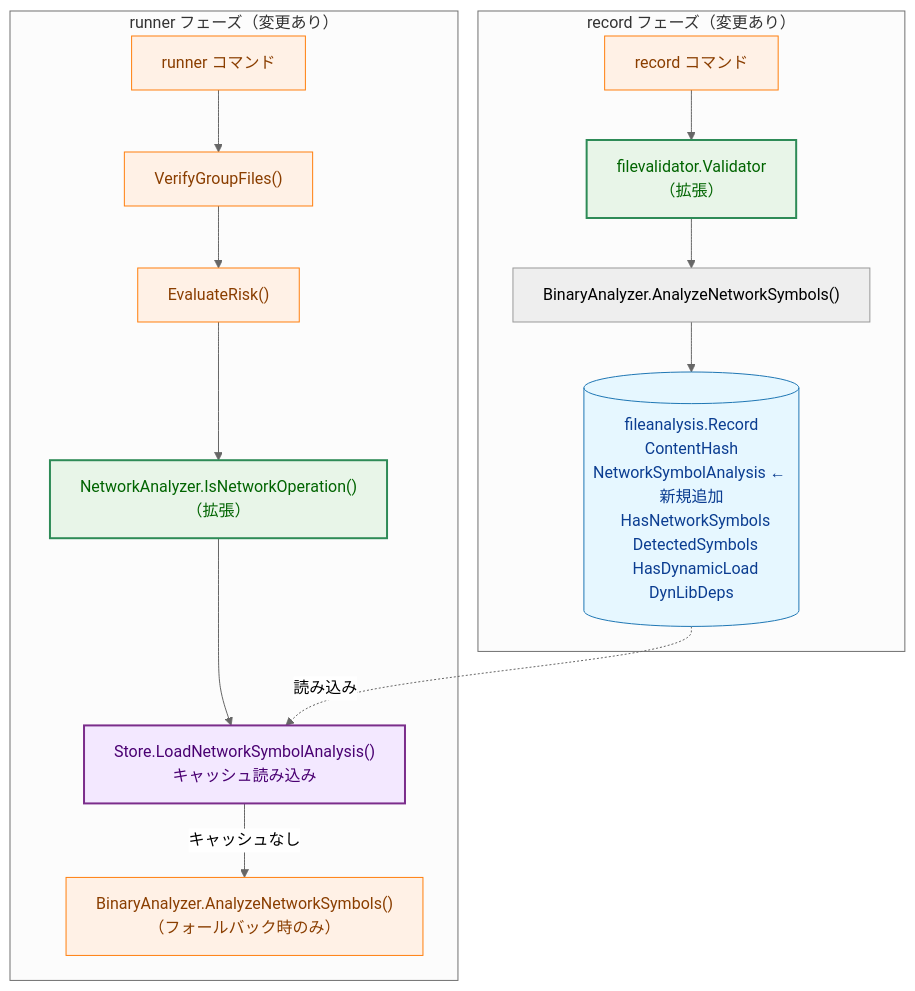
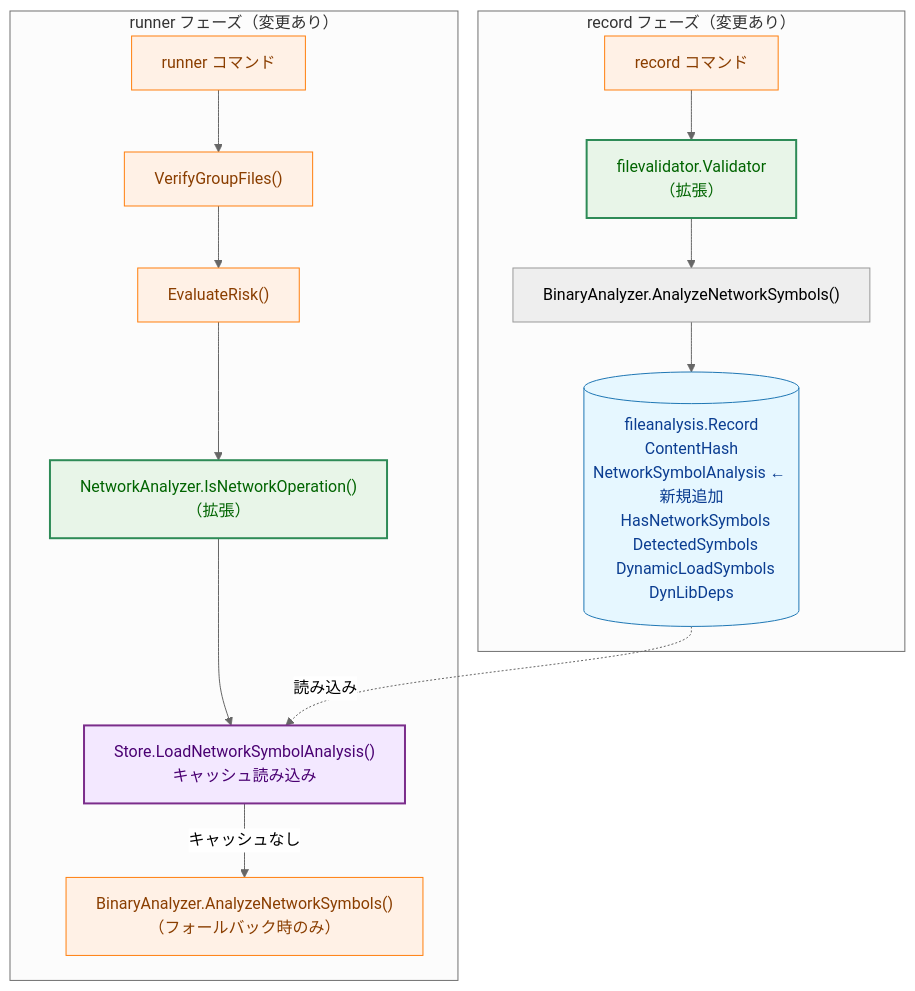
One commit to isseis/go-safe-cmd-runner changed the second of 6 diagrams in docs/tasks/0076_network_symbol_caching/02_architecture.md. Above: the diagram before and after it, drawn with Mermaid (neutral theme). The commit also changed other lines of this file and 1 other file, not shown here.

First line of the commit message:
docs(0076): add DynamicLoadSymbols field and fix Mermaid line breaks

````diff
--- a/docs/tasks/0076_network_symbol_caching/02_architecture.md
+++ b/docs/tasks/0076_network_symbol_caching/02_architecture.md
@@ -58,40 +58,40 @@
 ```mermaid
 flowchart TB
     classDef data fill:#e6f7ff,stroke:#1f77b4,stroke-width:1px,color:#0b3d91;
     classDef process fill:#fff1e6,stroke:#ff7f0e,stroke-width:1px,color:#8a3e00;
     classDef enhanced fill:#e8f5e8,stroke:#2e8b57,stroke-width:2px,color:#006400;
     classDef new fill:#f3e8ff,stroke:#7b2d8b,stroke-width:2px,color:#4a0072;
 
     subgraph RecordPhase["record フェーズ（変更あり）"]
         REC["record コマンド"]
-        FV["filevalidator.Validator\n（拡張）"]
+        FV["filevalidator.Validator<br>（拡張）"]
         BA1["BinaryAnalyzer.AnalyzeNetworkSymbols()"]
-        STORE1[("fileanalysis.Record\nContentHash\nNetworkSymbolAnalysis ← 新規追加\n  HasNetworkSymbols\n  DetectedSymbols\n  HasDynamicLoad\nDynLibDeps")]
+        STORE1[("fileanalysis.Record<br>ContentHash<br>NetworkSymbolAnalysis ← 新規追加<br>  HasNetworkSymbols<br>  DetectedSymbols<br>  DynamicLoadSymbols<br>DynLibDeps")]
     end
 
     subgraph RunnerPhase["runner フェーズ（変更あり）"]
         RUN["runner コマンド"]
         VGF["VerifyGroupFiles()"]
         EVAL["EvaluateRisk()"]
-        NA["NetworkAnalyzer.IsNetworkOperation()\n（拡張）"]
-        CACHE["Store.LoadNetworkSymbolAnalysis()\nキャッシュ読み込み"]
-        BA2["BinaryAnalyzer.AnalyzeNetworkSymbols()\n（フォールバック時のみ）"]
+        NA["NetworkAnalyzer.IsNetworkOperation()<br>（拡張）"]
+        CACHE["Store.LoadNetworkSymbolAnalysis()<br>キャッシュ読み込み"]
+        BA2["BinaryAnalyzer.AnalyzeNetworkSymbols()<br>（フォールバック時のみ）"]
     end
 
     REC --> FV
     FV --> BA1
     BA1 --> STORE1
 
     RUN --> VGF
     VGF --> EVAL
     EVAL --> NA
     NA --> CACHE
     CACHE -->|"キャッシュなし"| BA2
 
     STORE1 -.->|"読み込み"| CACHE
 
     class STORE1 data;
     class REC,RUN,VGF,EVAL,BA2 process;
     class FV,NA enhanced;
     class CACHE new;
 ```
````
